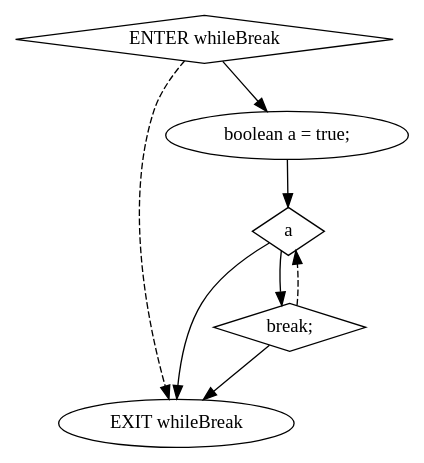
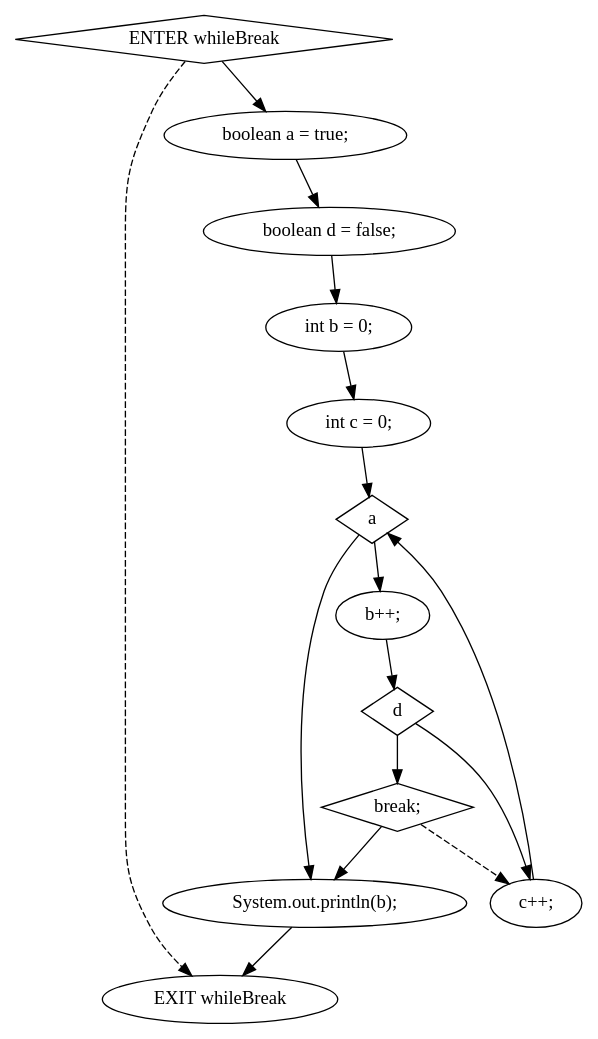
The diagram in staticSlicer/data/testcases/output/while/WhileTest/cfg/dot/whileBreak()acfg.dot (Surprise-Jing/Java-oriented-analysis-and-understanding-tools), drawn with Graphviz before and after one commit. The commit also changed 104 other files, not shown here.

```diff
--- a/staticSlicer/data/testcases/output/while/WhileTest/cfg/dot/whileBreak()acfg.dot
+++ b/staticSlicer/data/testcases/output/while/WhileTest/cfg/dot/whileBreak()acfg.dot
@@ -1,14 +1,29 @@
 digraph G {
   0 [ shape="diamond" label="ENTER whileBreak" ];
   1 [ label="EXIT whileBreak" ];
   2 [ label="boolean a = true;" ];
-  3 [ shape="diamond" label="a" ];
-  4 [ shape="diamond" label="break;" ];
+  3 [ label="boolean d = false;" ];
+  4 [ label="int b = 0;" ];
+  5 [ label="int c = 0;" ];
+  6 [ shape="diamond" label="a" ];
+  7 [ label="b++;" ];
+  8 [ shape="diamond" label="d" ];
+  9 [ shape="diamond" label="break;" ];
+  10 [ label="c++;" ];
+  11 [ label="System.out.println(b);" ];
   0 -> 2 [ ];
   2 -> 3 [ ];
   3 -> 4 [ ];
-  4 -> 3 [ style="dashed" ];
-  3 -> 1 [ ];
-  4 -> 1 [ ];
+  4 -> 5 [ ];
+  5 -> 6 [ ];
+  6 -> 7 [ ];
+  7 -> 8 [ ];
+  8 -> 9 [ ];
+  9 -> 10 [ style="dashed" ];
+  8 -> 10 [ ];
+  10 -> 6 [ ];
+  6 -> 11 [ ];
+  9 -> 11 [ ];
+  11 -> 1 [ ];
   0 -> 1 [ style="dashed" ];
 }
```
